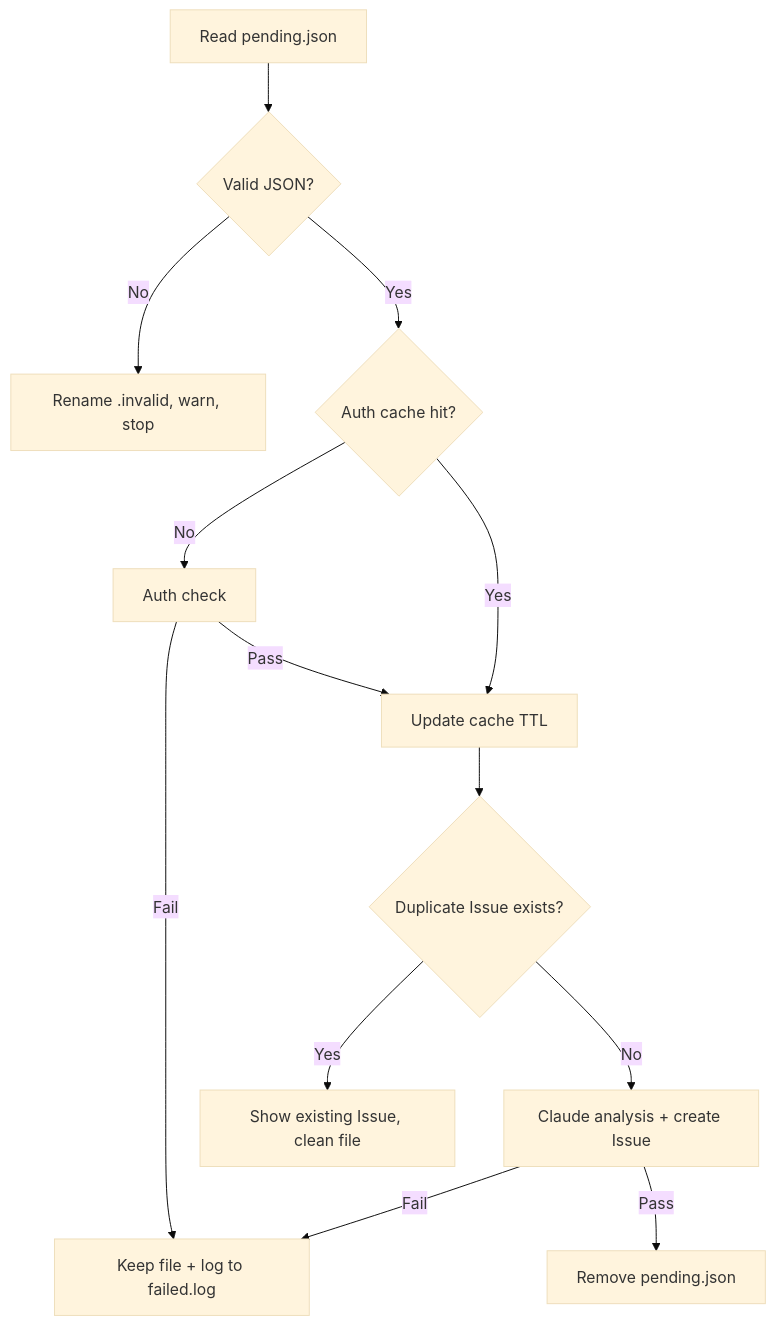
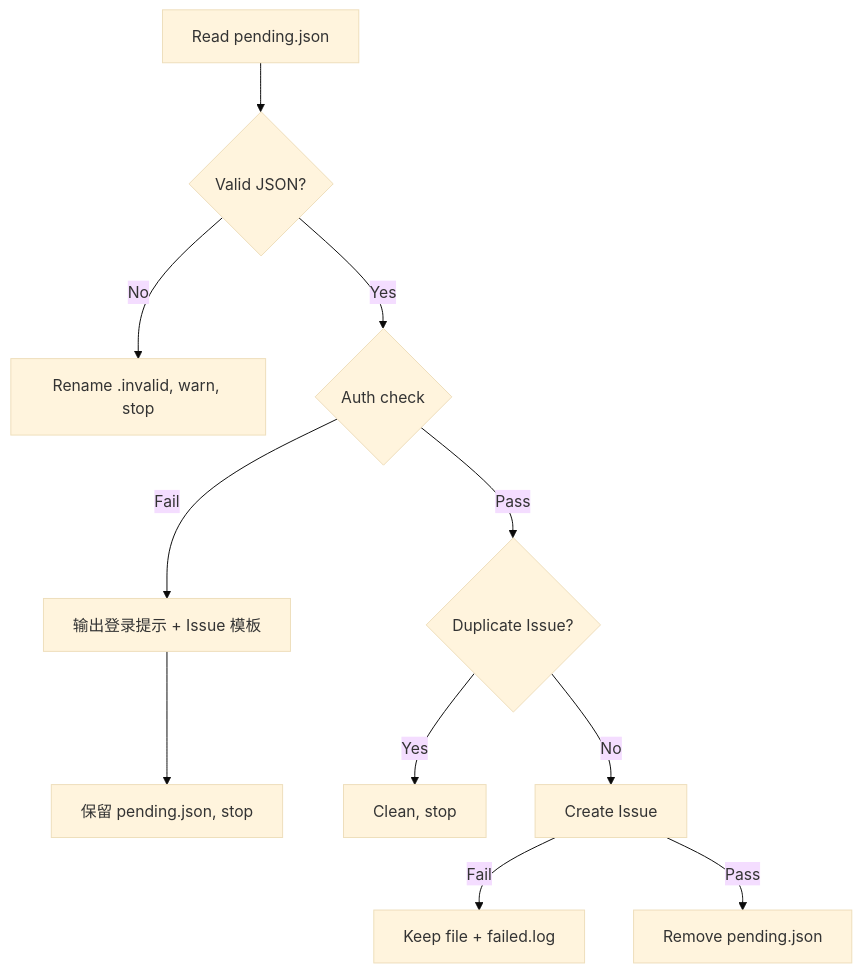
Before and after one commit to byx-darwin/gitflow-cli: the diagram in skills/gitflow-autoreport-bug/SKILL.md, drawn with Mermaid (base theme). The commit also changed other lines of this file, not shown here.

Commit message:
docs(autoreport-bug): add unauthenticated fallback branch to skill

````diff
--- a/skills/gitflow-autoreport-bug/SKILL.md
+++ b/skills/gitflow-autoreport-bug/SKILL.md
@@ -14,15 +14,13 @@
 ```mermaid
 flowchart TD
     A[Read pending.json] --> B{Valid JSON?}
     B -->|No| C[Rename .invalid, warn, stop]
-    B -->|Yes| D{Auth cache hit?}
-    D -->|No| E[Auth check]
-    E -->|Fail| F[Keep file + log to failed.log]
-    E -->|Pass| G[Update cache TTL]
-    D -->|Yes| G
-    G --> H{Duplicate Issue exists?}
-    H -->|Yes| I[Show existing Issue, clean file]
-    H -->|No| J[Claude analysis + create Issue]
-    J -->|Fail| F
+    B -->|Yes| D{Auth check}
+    D -->|Pass| G{Duplicate Issue?}
+    D -->|Fail| NEW[输出登录提示 + Issue 模板]
+    NEW --> KEEP[保留 pending.json, stop]
+    G -->|Yes| I[Clean, stop]
+    G -->|No| J[Create Issue]
+    J -->|Fail| F[Keep file + failed.log]
     J -->|Pass| K[Remove pending.json]
 ```
````
